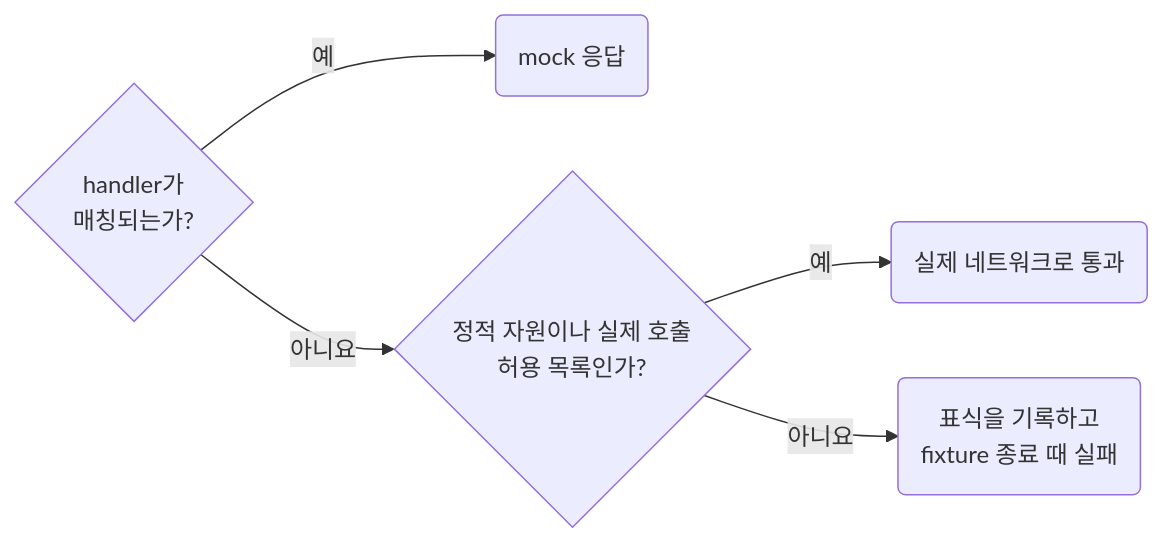
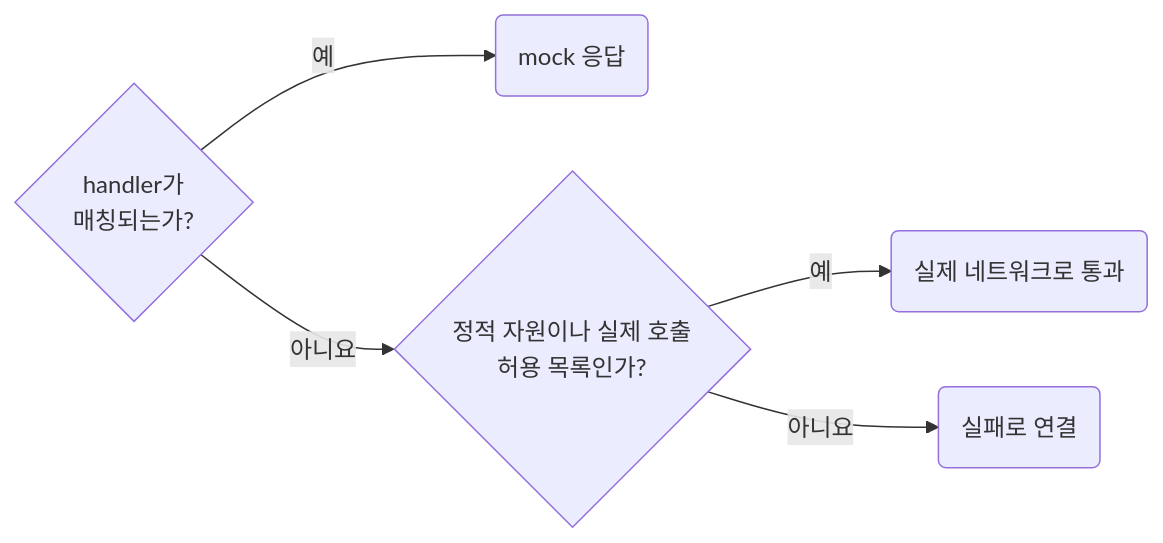
The diagram in skill/testing/rules/06-02-network-detect-unhandled-api-requests.md (nomeehej/agent-conventions), drawn with Mermaid before and after one commit. The commit also changed other lines of this file and 60 other files, not shown here.

````diff
--- a/skill/testing/rules/06-02-network-detect-unhandled-api-requests.md
+++ b/skill/testing/rules/06-02-network-detect-unhandled-api-requests.md
@@ -18,6 +18,6 @@
 ```mermaid
 flowchart LR
 	q1{"handler가<br>매칭되는가?"} -- 예 --> r1("mock 응답")
 	q1 -- 아니요 --> q2{"정적 자원이나 실제 호출<br>허용 목록인가?"} -- 예 --> r2("실제 네트워크로 통과")
-	q2 -- 아니요 --> r3("표식을 기록하고<br>fixture 종료 때 실패")
+	q2 -- 아니요 --> r3("실패로 연결")
 ```
````
